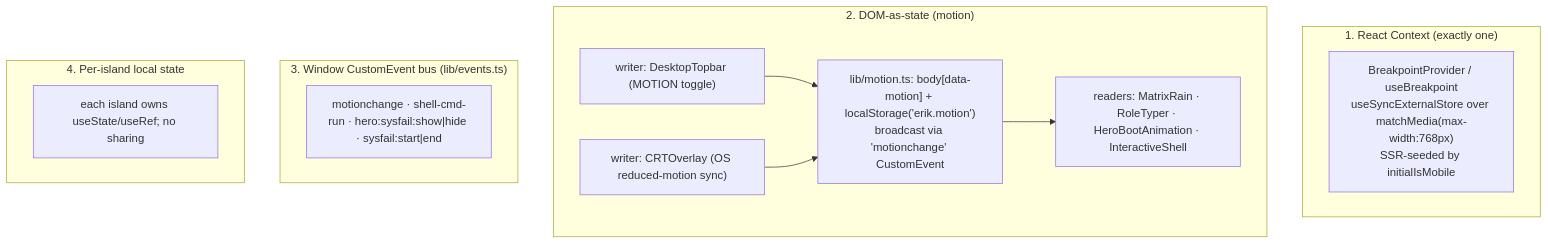
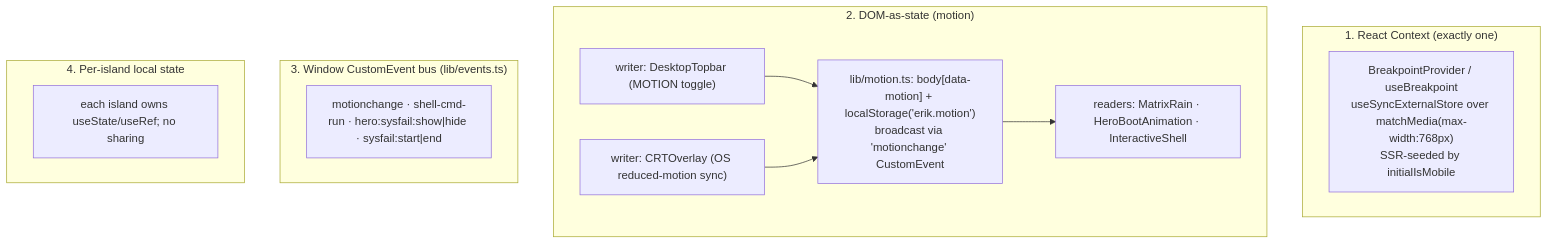
One commit to erikunha/portfolio changed the second of 2 diagrams in docs/04-components-and-state.md. Above: the diagram before and after it, drawn with Mermaid. The commit also changed other lines of this file and 27 other files, not shown here.

````diff
--- a/docs/04-components-and-state.md
+++ b/docs/04-components-and-state.md
@@ -82,18 +82,18 @@
 ```mermaid
 flowchart TD
     subgraph ctx["1. React Context (exactly one)"]
         bp["BreakpointProvider / useBreakpoint<br/>useSyncExternalStore over matchMedia(max-width:768px)<br/>SSR-seeded by initialIsMobile"]
     end
     subgraph dom["2. DOM-as-state (motion)"]
         motion["lib/motion.ts: body[data-motion] + localStorage('erik.motion')<br/>broadcast via 'motionchange' CustomEvent"]
         w1["writer: DesktopTopbar (MOTION toggle)"] --> motion
         w2["writer: CRTOverlay (OS reduced-motion sync)"] --> motion
-        motion --> r1["readers: MatrixRain · RoleTyper · HeroBootAnimation · InteractiveShell"]
+        motion --> r1["readers: MatrixRain · HeroBootAnimation · InteractiveShell"]
     end
     subgraph bus["3. Window CustomEvent bus (lib/events.ts)"]
         ev["motionchange · shell-cmd-run · hero:sysfail:show|hide · sysfail:start|end"]
     end
     subgraph local["4. Per-island local state"]
         li["each island owns useState/useRef; no sharing"]
     end
 ```
````
